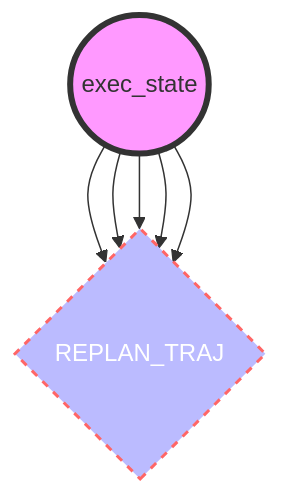
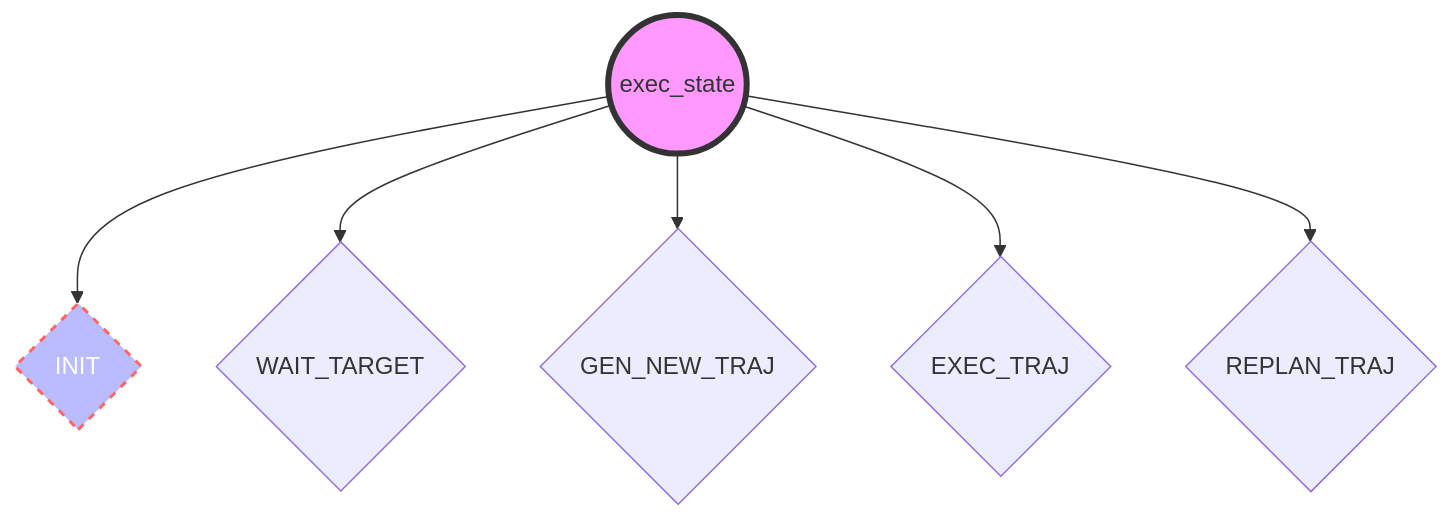
One commit to Dieptranivsr/drone_extend changed the first of 2 diagrams in sp_code/create_table.md. Above: the diagram before and after it, drawn with Mermaid.

````diff
--- a/sp_code/create_table.md
+++ b/sp_code/create_table.md
@@ -1,10 +1,10 @@
 ```mermaid
 flowchart TD
-    id1((exec_state))-->id2{INIT}
-    id1-->id2{WAIT_TARGET}
-    id1-->id2{GEN_NEW_TRAJ}
-    id1-->id2{EXEC_TRAJ}
-    id1-->id2{REPLAN_TRAJ}
+    id1((exec_state)) --> id2{INIT}
+    id1 --> id3{WAIT_TARGET}
+    id1 --> id4{GEN_NEW_TRAJ}
+    id1 --> id5{EXEC_TRAJ}
+    id1 --> id6{REPLAN_TRAJ}
     style id1 fill:#f9f,stroke:#333,stroke-width:4px
     style id2 fill:#bbf,stroke:#f66,stroke-width:2px,color:#fff,stroke-dasharray: 5 5
 ```
````
